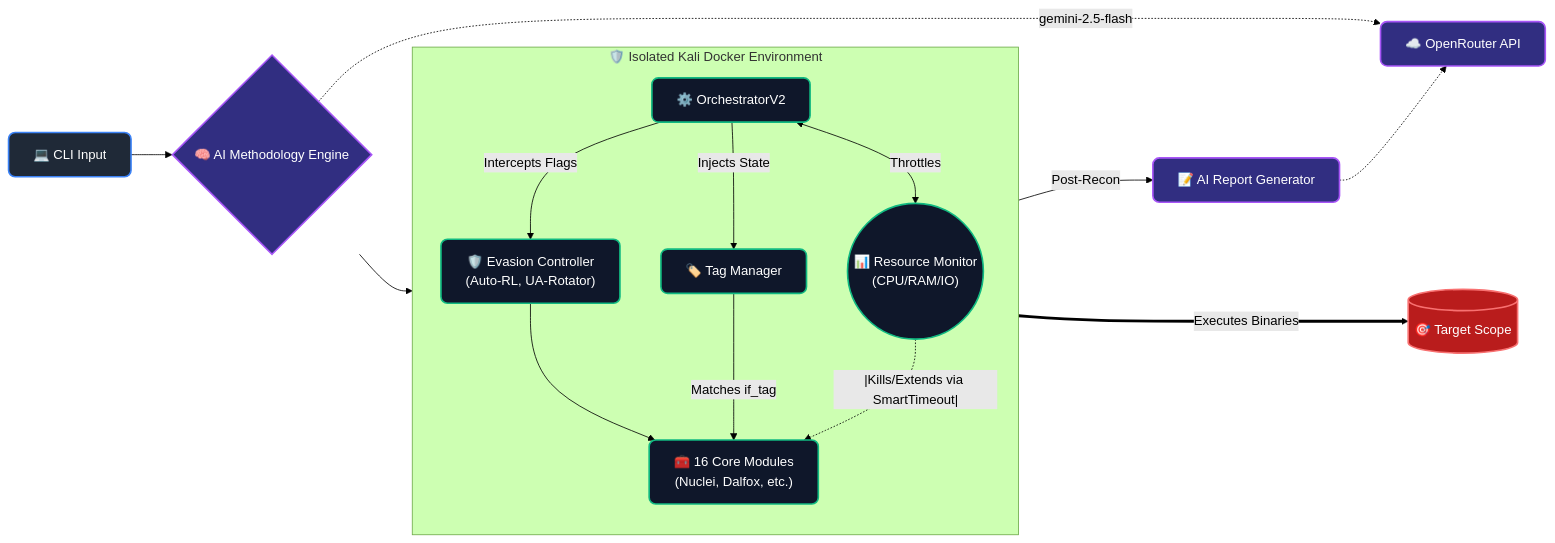
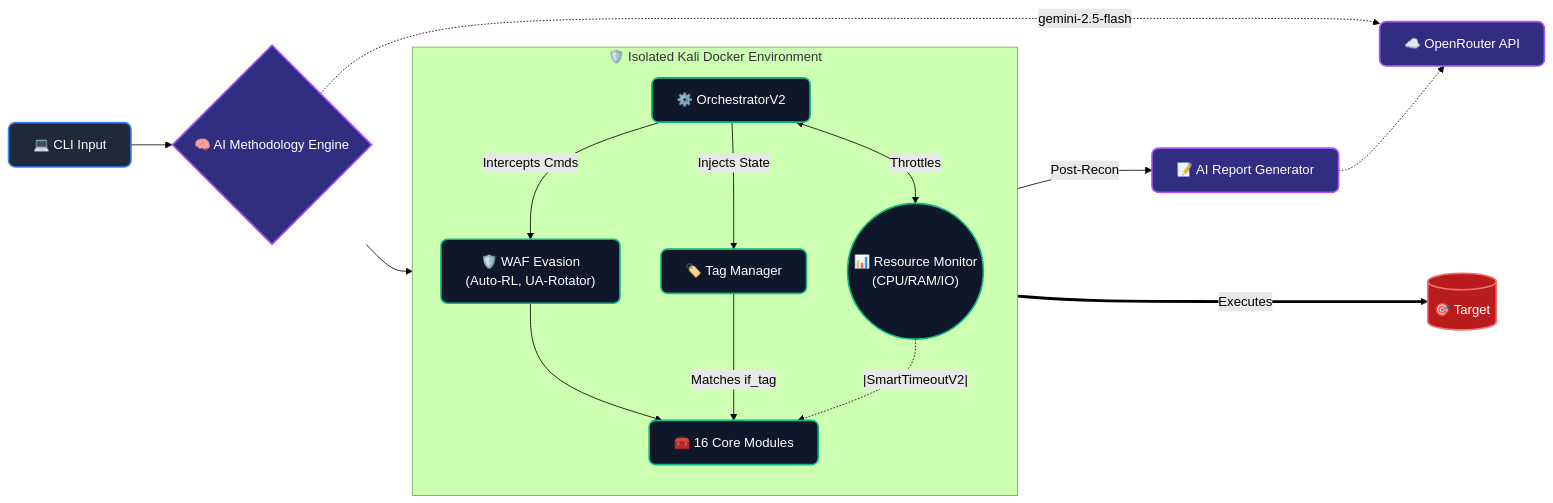
The first of 2 diagrams in README.md (HuntForgeHQ/huntforge), drawn with Mermaid (forest theme) before and after one commit. The commit also changed other lines of this file and 1 other file, not shown here.

````diff
--- a/README.md
+++ b/README.md
@@ -52,27 +52,25 @@
 ```mermaid
 flowchart LR
-    %% Theming
     classDef control fill:#1f2937,stroke:#3b82f6,stroke-width:2px,color:#fff,rx:8,ry:8
     classDef ai fill:#312e81,stroke:#a855f7,stroke-width:2px,color:#fff,rx:8,ry:8
     classDef system fill:#0f172a,stroke:#10b981,stroke-width:2px,color:#fff,rx:8,ry:8
     classDef external fill:#b91c1c,stroke:#f87171,stroke-width:2px,color:#fff,rx:15,ry:15
 
-    %% Nodes
     A["💻 CLI Input"]:::control --> B{"🧠 AI Methodology Engine"}:::ai
     B --> C["⚙️ OrchestratorV2"]:::system
     B -. "gemini-2.5-flash" .-> OR["☁️ OpenRouter API"]:::ai
     C --> |Post-Recon| Rep["📝 AI Report Generator"]:::ai
     Rep -.-> OR
 
     subgraph DOCKER ["🛡️ Isolated Kali Docker Environment"]
         direction TB
         C <--> |Throttles| RM(("📊 Resource Monitor\n(CPU/RAM/IO)")):::system
         C --> |Injects State| TM["🏷️ Tag Manager"]:::system
-        C --> |Intercepts Flags| Eva["🛡️ Evasion Controller\n(Auto-RL, UA-Rotator)"]:::system
-        Eva --> Mod["🧰 16 Core Modules\n(Nuclei, Dalfox, etc.)"]:::system
+        C --> |Intercepts Cmds| Eva["🛡️ WAF Evasion\n(Auto-RL, UA-Rotator)"]:::system
+        Eva --> Mod["🧰 16 Core Modules"]:::system
         TM --> |Matches if_tag| Mod
-        RM -. |Kills/Extends via SmartTimeout| .-> Mod
+        RM -. |SmartTimeoutV2| .-> Mod
     end
 
-    Mod ===>|Executes Binaries| Target[("🎯 Target Scope")]:::external
+    Mod ===>|Executes| Target[("🎯 Target")]:::external
 ```
````
